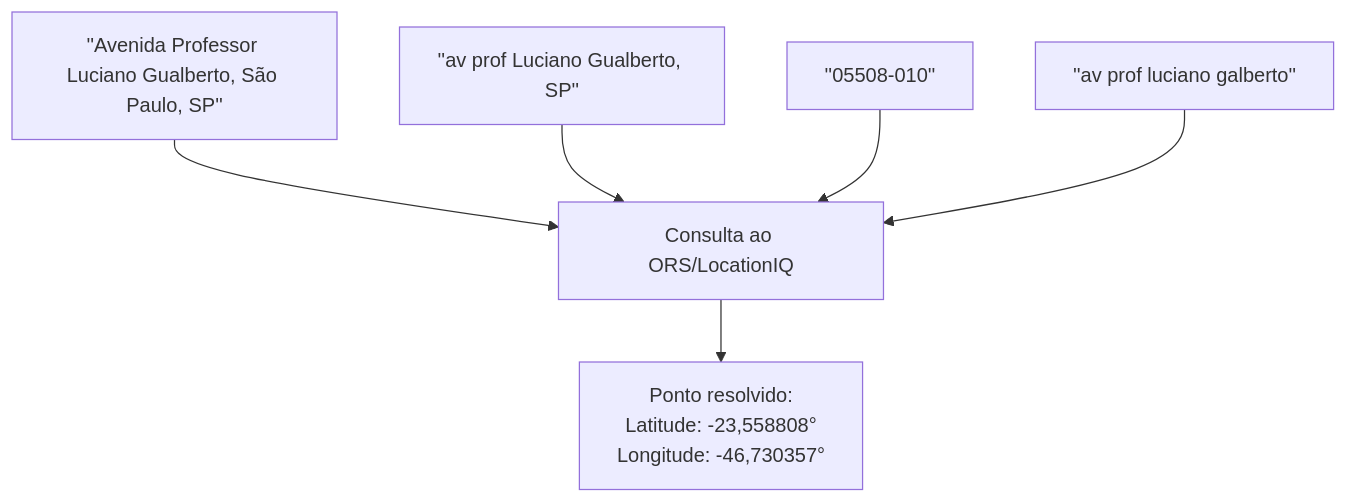
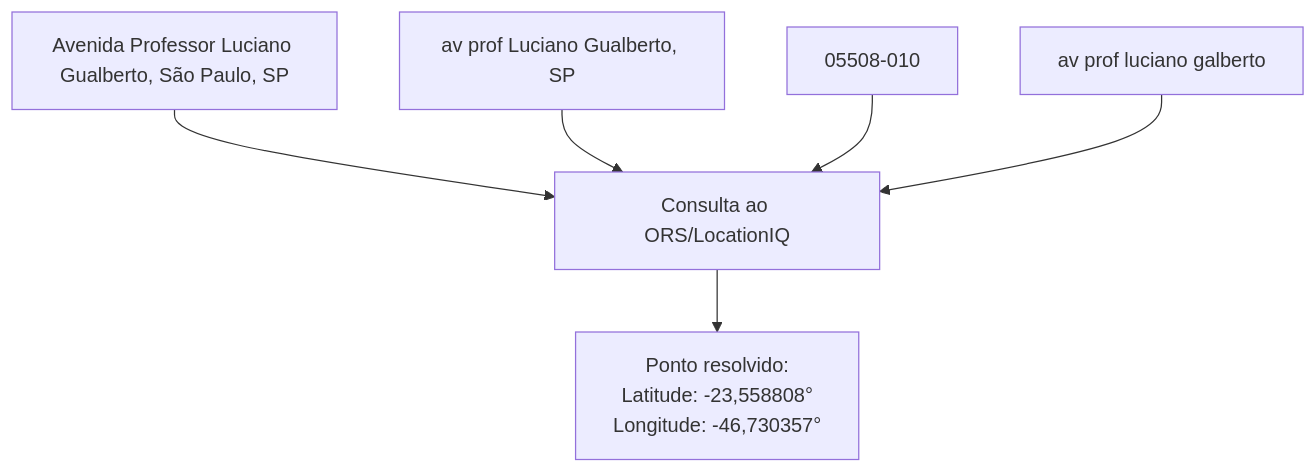
One commit to pennylanesccp/cabotage-lens changed the second of 7 diagrams in docs/tf_technical_article_draft.md. Above: the diagram before and after it, drawn with Mermaid. The commit also changed other lines of this file, not shown here.

````diff
--- a/docs/tf_technical_article_draft.md
+++ b/docs/tf_technical_article_draft.md
@@ -546,8 +564,8 @@
 ```mermaid
 flowchart TB
-    A["''Avenida Professor Luciano Gualberto, São Paulo, SP''"] --> O["Consulta ao ORS/LocationIQ"]
-    B["''av prof Luciano Gualberto, SP''"] --> O
-    C["''05508-010''"] --> O
-    D["''av prof luciano galberto''"] --> O
+    A["Avenida Professor Luciano Gualberto, São Paulo, SP"] --> O["Consulta ao ORS/LocationIQ"]
+    B["av prof Luciano Gualberto, SP"] --> O
+    C["05508-010"] --> O
+    D["av prof luciano galberto"] --> O
     O -->R["Ponto resolvido:<br/>Latitude: -23,558808°<br/>Longitude: -46,730357°"]
 ```
````
